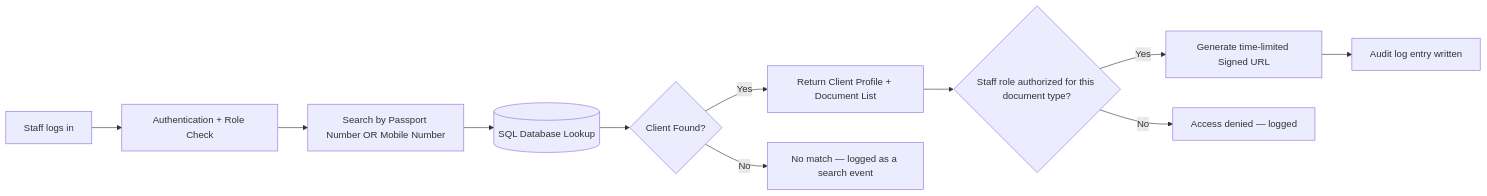
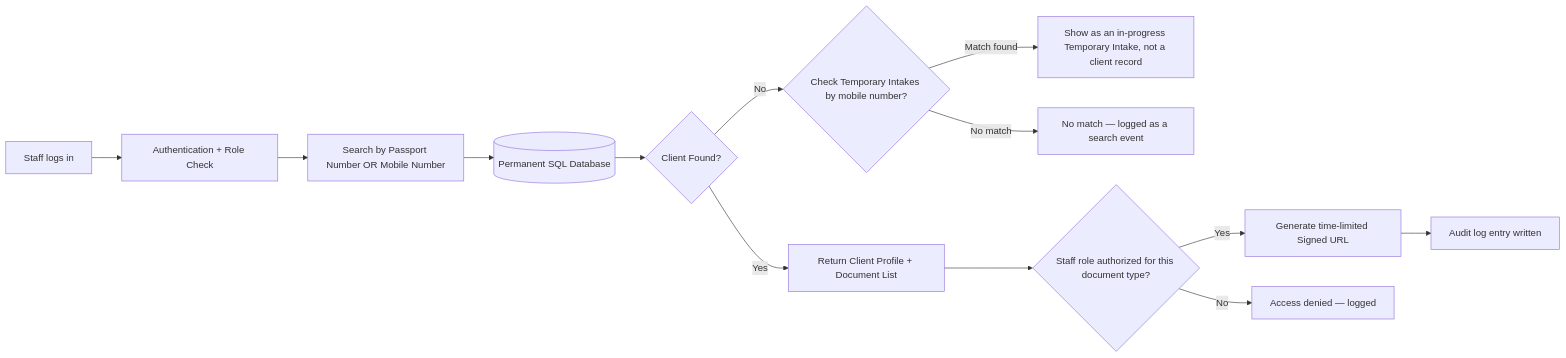
Before and after one commit to emlynk-pixel/EmlynkWABot: the ninth of 16 diagrams in Docs/WhatsApp-Document-Submission-Proposal.md, drawn with Mermaid. The commit also changed other lines of this file, not shown here.

````diff
--- a/Docs/WhatsApp-Document-Submission-Proposal.md
+++ b/Docs/WhatsApp-Document-Submission-Proposal.md
@@ -459,13 +735,15 @@
 ```mermaid
 flowchart LR
     S[Staff logs in] --> AUTH[Authentication + Role Check]
     AUTH --> SEARCH[Search by Passport Number OR Mobile Number]
-    SEARCH --> DB[(SQL Database Lookup)]
+    SEARCH --> DB[(Permanent SQL Database)]
     DB --> FOUND{Client Found?}
     FOUND -->|Yes| PROFILE[Return Client Profile + Document List]
-    FOUND -->|No| NONE[No match — logged as a search event]
+    FOUND -->|No| CHECKTEMP{Check Temporary Intakes by mobile number?}
+    CHECKTEMP -->|Match found| TEMPVIEW[Show as an in-progress Temporary Intake, not a client record]
+    CHECKTEMP -->|No match| NONE[No match — logged as a search event]
     PROFILE --> ACCESS{Staff role authorized for this document type?}
     ACCESS -->|Yes| SIGNED[Generate time-limited Signed URL]
     ACCESS -->|No| DENY[Access denied — logged]
     SIGNED --> AUDIT[Audit log entry written]
 ```
````
